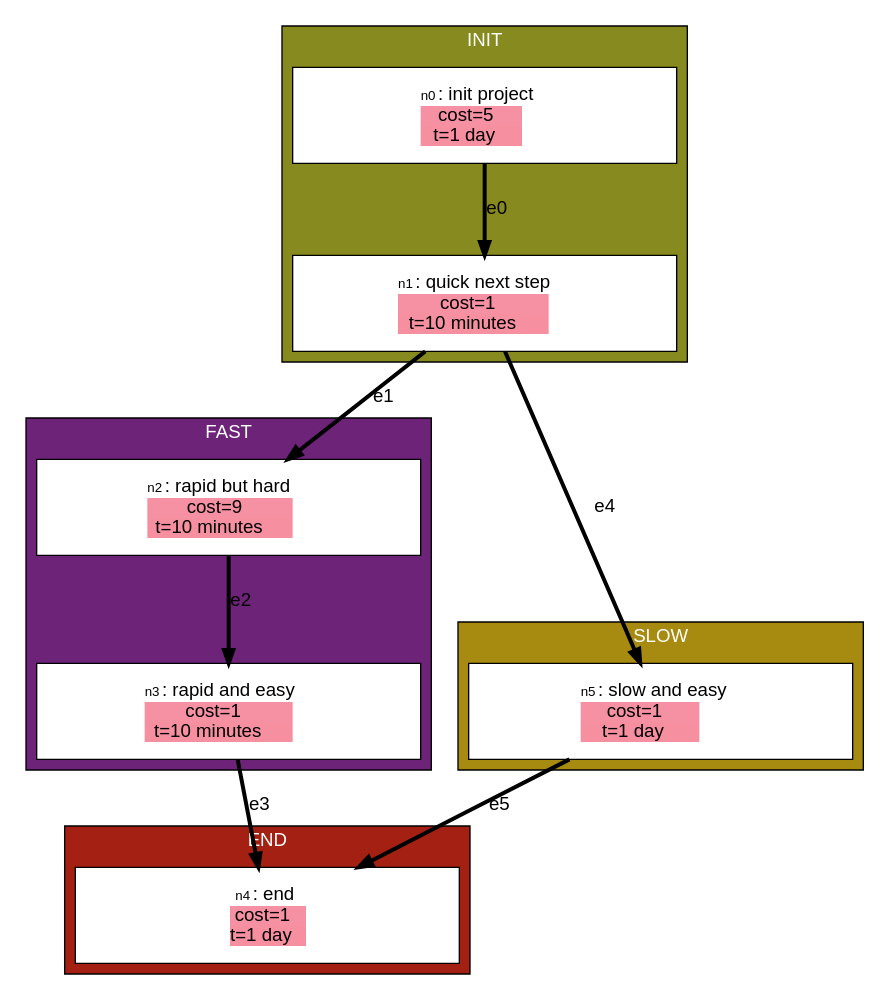
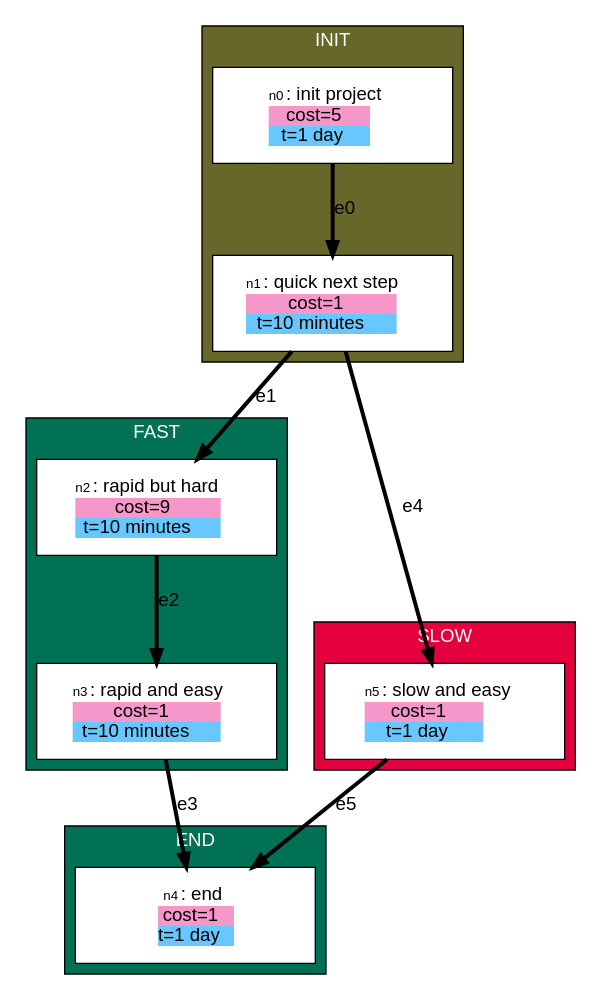
The diagram in examples/variables.dot (stevecooperorg/microdot), drawn with Graphviz before and after one commit. The commit also changed 15 other files, not shown here.

```diff
--- a/examples/variables.dot
+++ b/examples/variables.dot
@@ -1,137 +1,137 @@
 digraph {
 
     graph [fontname = "helvetica" rankdir="TB" ranksep=0.75 nodesep=0.5];
-    node [fontname = "helvetica" shape = "box" width=2.5 style=filled];
+    node [fontname = "helvetica" shape = "box" width=2.5 height=1 style=filled];
     edge [fontname = "helvetica" penwidth=3 color="#000000"];
 
   subgraph cluster_END {
   label="END"
-  bgcolor="#A32012"
+  bgcolor="#007154"
   fontcolor="#FFFFFF"
-    n4 [width=4 height=1 label=< <TABLE BORDER="0" CELLPADDING="0" CELLSPACING="0">
+    n4 [label=< <TABLE BORDER="0" CELLPADDING="0" CELLSPACING="0">
     <TR>
         <TD COLSPAN="2"><FONT POINT-SIZE="10">n4</FONT>: end</TD>
     </TR>
     
         
            <TR>
-<TD BGCOLOR="#F690A3">cost=1</TD>
+<TD BGCOLOR="#F597CB">cost=1</TD>
 </TR>
         
            <TR>
-<TD BGCOLOR="#F690A1">t=1 day</TD>
+<TD BGCOLOR="#68C7FF">t=1 day</TD>
 </TR>
         
     
    </TABLE>
 > fillcolor="#FFFFFF"]
   }
   subgraph cluster_FAST {
   label="FAST"
-  bgcolor="#6C2378"
+  bgcolor="#007154"
   fontcolor="#FFFFFF"
-    n2 [width=4 height=1 label=< <TABLE BORDER="0" CELLPADDING="0" CELLSPACING="0">
+    n2 [label=< <TABLE BORDER="0" CELLPADDING="0" CELLSPACING="0">
     <TR>
         <TD COLSPAN="2"><FONT POINT-SIZE="10">n2</FONT>: rapid but hard</TD>
     </TR>
     
         
            <TR>
-<TD BGCOLOR="#F690A3">cost=9</TD>
+<TD BGCOLOR="#F597CB">cost=9</TD>
 </TR>
         
            <TR>
-<TD BGCOLOR="#F690A1">t=10 minutes</TD>
+<TD BGCOLOR="#68C7FF">t=10 minutes</TD>
 </TR>
         
     
    </TABLE>
 > fillcolor="#FFFFFF"]
-    n3 [width=4 height=1 label=< <TABLE BORDER="0" CELLPADDING="0" CELLSPACING="0">
+    n3 [label=< <TABLE BORDER="0" CELLPADDING="0" CELLSPACING="0">
     <TR>
         <TD COLSPAN="2"><FONT POINT-SIZE="10">n3</FONT>: rapid and easy</TD>
     </TR>
     
         
            <TR>
-<TD BGCOLOR="#F690A3">cost=1</TD>
+<TD BGCOLOR="#F597CB">cost=1</TD>
 </TR>
         
            <TR>
-<TD BGCOLOR="#F690A1">t=10 minutes</TD>
+<TD BGCOLOR="#68C7FF">t=10 minutes</TD>
 </TR>
         
     
    </TABLE>
 > fillcolor="#FFFFFF"]
   }
   subgraph cluster_INIT {
   label="INIT"
-  bgcolor="#878A1E"
+  bgcolor="#666728"
   fontcolor="#FFFFFF"
-    n0 [width=4 height=1 label=< <TABLE BORDER="0" CELLPADDING="0" CELLSPACING="0">
+    n0 [label=< <TABLE BORDER="0" CELLPADDING="0" CELLSPACING="0">
     <TR>
         <TD COLSPAN="2"><FONT POINT-SIZE="10">n0</FONT>: init project</TD>
     </TR>
     
         
            <TR>
-<TD BGCOLOR="#F690A3">cost=5</TD>
+<TD BGCOLOR="#F597CB">cost=5</TD>
 </TR>
         
            <TR>
-<TD BGCOLOR="#F690A1">t=1 day</TD>
+<TD BGCOLOR="#68C7FF">t=1 day</TD>
 </TR>
         
     
    </TABLE>
 > fillcolor="#FFFFFF"]
-    n1 [width=4 height=1 label=< <TABLE BORDER="0" CELLPADDING="0" CELLSPACING="0">
+    n1 [label=< <TABLE BORDER="0" CELLPADDING="0" CELLSPACING="0">
     <TR>
         <TD COLSPAN="2"><FONT POINT-SIZE="10">n1</FONT>: quick next step</TD>
     </TR>
     
         
            <TR>
-<TD BGCOLOR="#F690A3">cost=1</TD>
+<TD BGCOLOR="#F597CB">cost=1</TD>
 </TR>
         
            <TR>
-<TD BGCOLOR="#F690A1">t=10 minutes</TD>
+<TD BGCOLOR="#68C7FF">t=10 minutes</TD>
 </TR>
         
     
    </TABLE>
 > fillcolor="#FFFFFF"]
   }
   subgraph cluster_SLOW {
   label="SLOW"
-  bgcolor="#A78A10"
+  bgcolor="#E3003D"
   fontcolor="#FFFFFF"
-    n5 [width=4 height=1 label=< <TABLE BORDER="0" CELLPADDING="0" CELLSPACING="0">
+    n5 [label=< <TABLE BORDER="0" CELLPADDING="0" CELLSPACING="0">
     <TR>
         <TD COLSPAN="2"><FONT POINT-SIZE="10">n5</FONT>: slow and easy</TD>
     </TR>
     
         
            <TR>
-<TD BGCOLOR="#F690A3">cost=1</TD>
+<TD BGCOLOR="#F597CB">cost=1</TD>
 </TR>
         
            <TR>
-<TD BGCOLOR="#F690A1">t=1 day</TD>
+<TD BGCOLOR="#68C7FF">t=1 day</TD>
 </TR>
         
     
    </TABLE>
 > fillcolor="#FFFFFF"]
   }
 
     "n0" -> "n1" [label="e0"];
     "n1" -> "n2" [label="e1"];
     "n2" -> "n3" [label="e2"];
     "n3" -> "n4" [label="e3"];
     "n1" -> "n5" [label="e4"];
     "n5" -> "n4" [label="e5"];
 
 }
```
